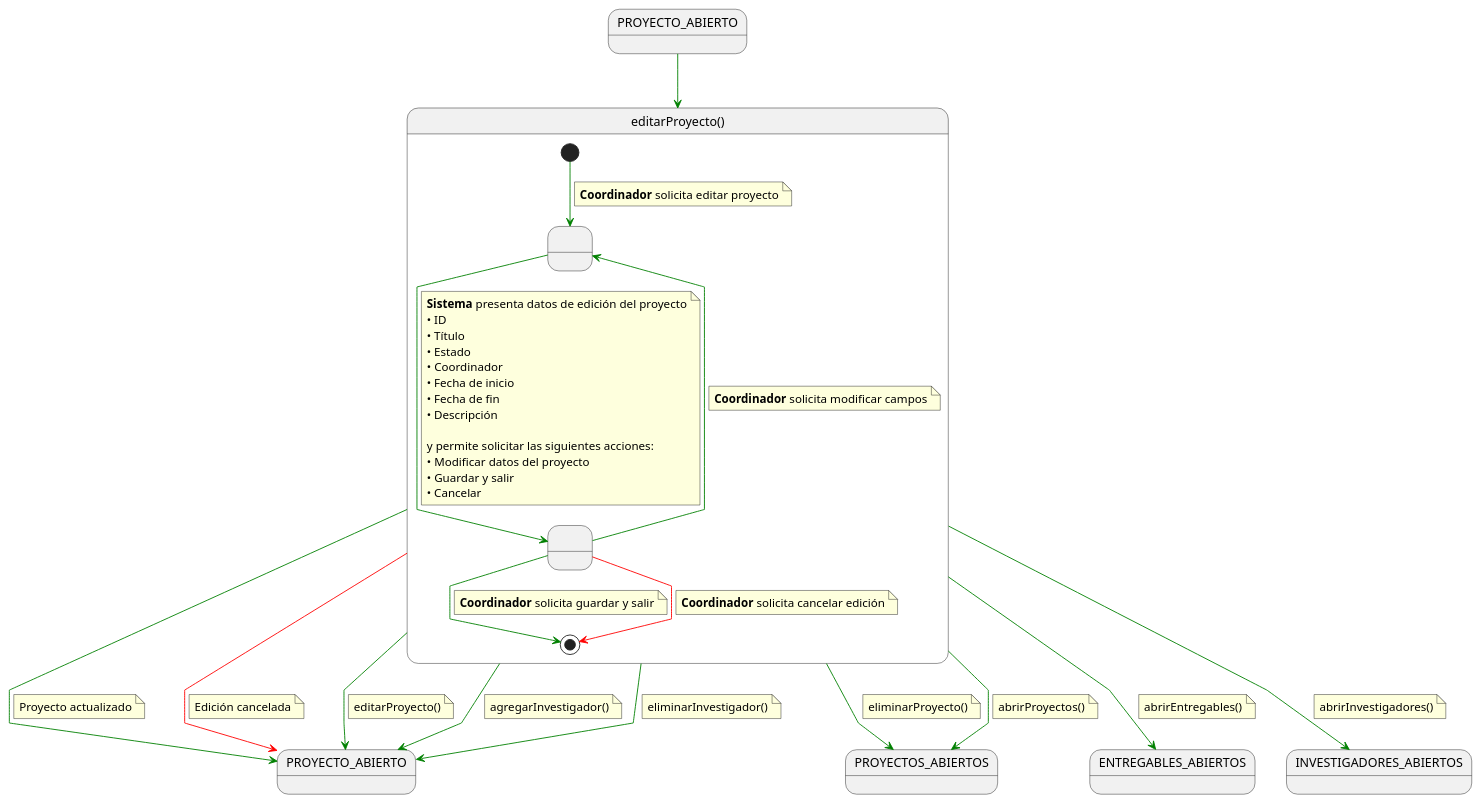
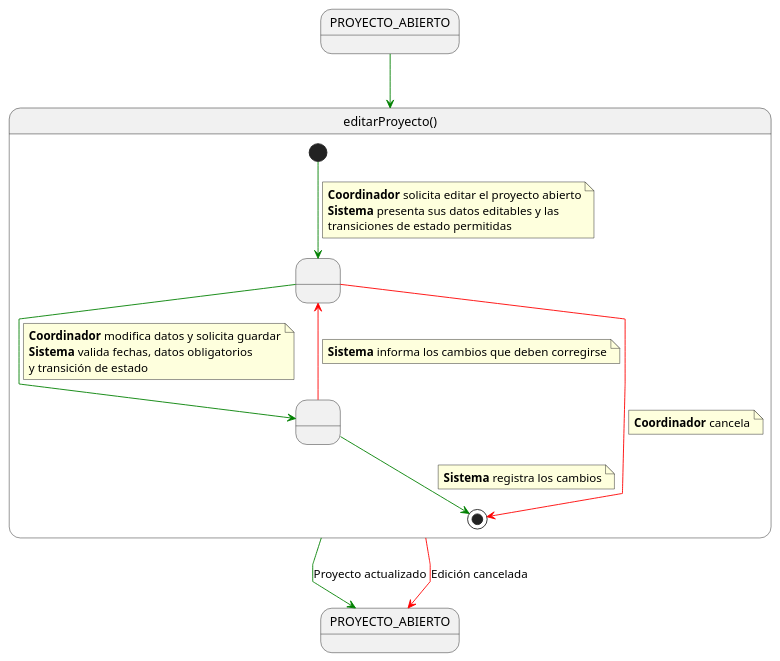
One commit to beatriizorozco/25-26-idsw2-sdVC changed the diagram in RUP/00-casos-uso/02-detalle/coordinador/editarProyecto/especificacion.puml. Above: the diagram before and after it, drawn with PlantUML. The commit also changed 38 other files, not shown here.

First line of the commit message:
docs(proyectos): completar detalle funcional del bloque 5

```diff
--- a/RUP/00-casos-uso/02-detalle/coordinador/editarProyecto/especificacion.puml
+++ b/RUP/00-casos-uso/02-detalle/coordinador/editarProyecto/especificacion.puml
@@ -1,95 +1,44 @@
 @startuml editarProyecto
 skinparam linetype polyline
 
-state in1 as "PROYECTO_ABIERTO"
-in1 -[#green]-> editarProyecto
+state proyecto as "PROYECTO_ABIERTO"
+proyecto -[#green]-> editarProyecto
 
 state editarProyecto as "editarProyecto()" {
+    state " " as PresentandoEdicion
+    state " " as ValidandoCambios
 
-    state " " as EditandoDatos
-    state " " as GuardandoDatos
-
-    [*] -[#green]-> EditandoDatos
+    [*] -[#green]-> PresentandoEdicion
     note on link
-    <b>Coordinador</b> solicita editar proyecto
+    <b>Coordinador</b> solicita editar el proyecto abierto
+    <b>Sistema</b> presenta sus datos editables y las
+    transiciones de estado permitidas
     end note
 
-    EditandoDatos -[#green]-> GuardandoDatos
+    PresentandoEdicion -[#green]-> ValidandoCambios
     note on link
-    <b>Sistema</b> presenta datos de edición del proyecto
-    • ID
-    • Título
-    • Estado
-    • Coordinador
-    • Fecha de inicio
-    • Fecha de fin
-    • Descripción
-
-    y permite solicitar las siguientes acciones:
-    • Modificar datos del proyecto
-    • Guardar y salir
-    • Cancelar
+    <b>Coordinador</b> modifica datos y solicita guardar
+    <b>Sistema</b> valida fechas, datos obligatorios
+    y transición de estado
     end note
 
-    GuardandoDatos -[#green]-> EditandoDatos
+    ValidandoCambios -[#red]-> PresentandoEdicion
     note on link
-    <b>Coordinador</b> solicita modificar campos
+    <b>Sistema</b> informa los cambios que deben corregirse
     end note
 
-    GuardandoDatos -[#green]-> [*]
+    ValidandoCambios -[#green]-> [*]
     note on link
-    <b>Coordinador</b> solicita guardar y salir
+    <b>Sistema</b> registra los cambios
     end note
 
-    GuardandoDatos -[#red]-> [*]
+    PresentandoEdicion -[#red]-> [*]
     note on link
-    <b>Coordinador</b> solicita cancelar edición
+    <b>Coordinador</b> cancela
     end note
 }
 
-editarProyecto -[#green]-> PROYECTO_ABIERTO
-note on link
-Proyecto actualizado
-end note
-
-editarProyecto -[#red]-> PROYECTO_ABIERTO
-note on link
-Edición cancelada
-end note
-
-editarProyecto -[#green]-> PROYECTO_ABIERTO
-note on link
-editarProyecto()
-end note
-
-editarProyecto -[#green]-> PROYECTOS_ABIERTOS
-note on link
-eliminarProyecto()
-end note
-
-editarProyecto -[#green]-> PROYECTO_ABIERTO
-note on link
-agregarInvestigador()
-end note
-
-editarProyecto -[#green]-> PROYECTO_ABIERTO
-note on link
-eliminarInvestigador()
-end note
-
-editarProyecto -[#green]-> ENTREGABLES_ABIERTOS
-note on link
-abrirEntregables()
-end note
-
-editarProyecto -[#green]-> INVESTIGADORES_ABIERTOS
-note on link
-abrirInvestigadores()
-end note
-
-editarProyecto -[#green]-> PROYECTOS_ABIERTOS
-note on link
-abrirProyectos()
-end note
+editarProyecto -[#green]-> PROYECTO_ABIERTO: Proyecto actualizado
+editarProyecto -[#red]-> PROYECTO_ABIERTO: Edición cancelada
 
 @enduml
```
